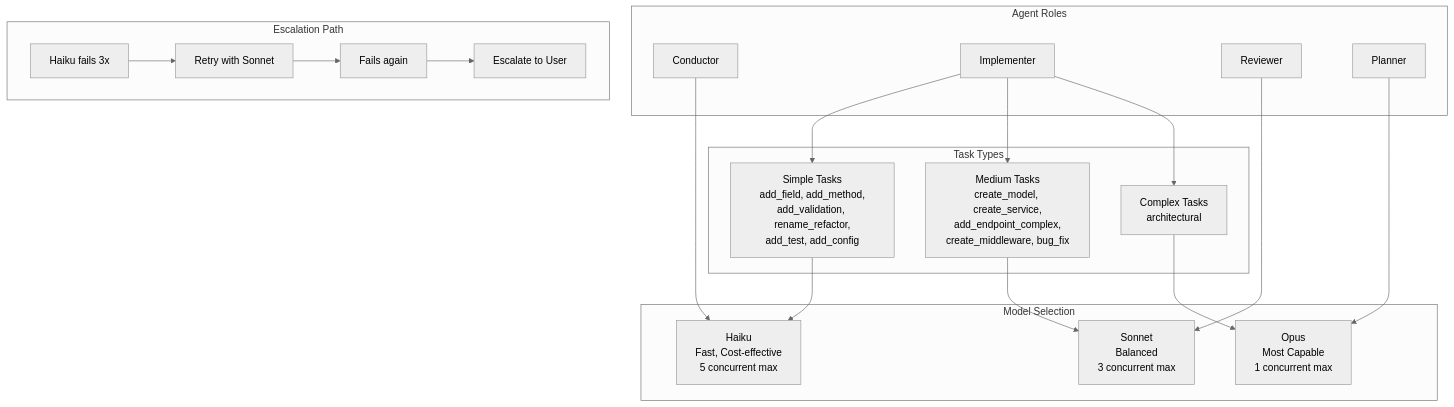
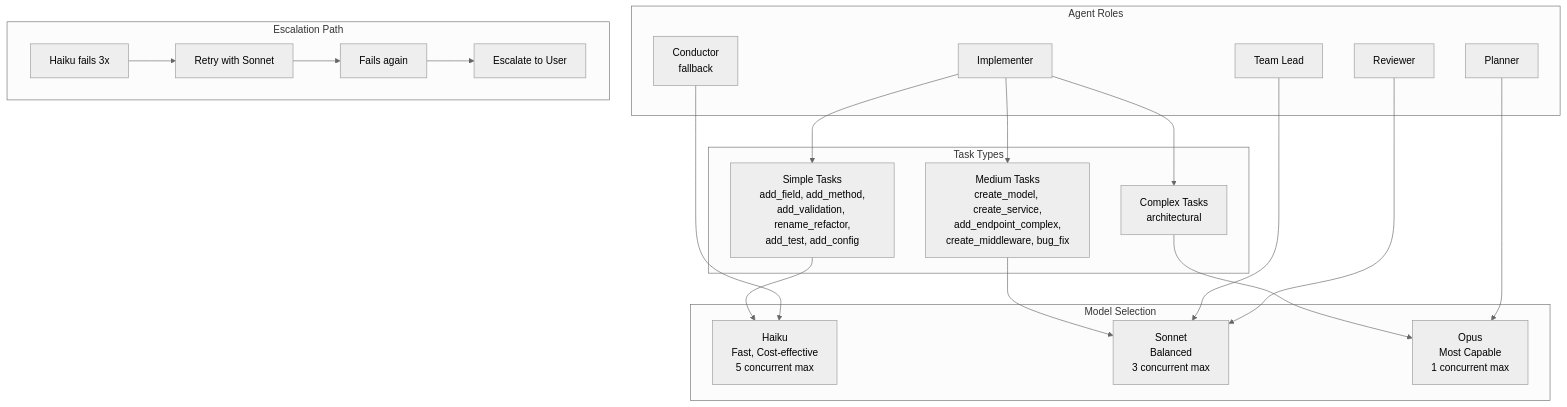
The fifth of 7 diagrams in diagrams/architecture.md (Zxela/claude-create), drawn with Mermaid (neutral theme) before and after one commit. The commit also changed other lines of this file and 5 other files, not shown here.

First line of the commit message:
docs: update diagrams and docs for flat spawn architecture

````diff
--- a/diagrams/architecture.md
+++ b/diagrams/architecture.md
@@ -215,38 +226,40 @@
 ```mermaid
 graph TB
     subgraph TaskTypes["Task Types"]
         Simple[Simple Tasks<br/>add_field, add_method,<br/>add_validation, rename_refactor,<br/>add_test, add_config]
         Medium[Medium Tasks<br/>create_model, create_service,<br/>add_endpoint_complex,<br/>create_middleware, bug_fix]
         Complex[Complex Tasks<br/>architectural]
     end
 
     subgraph Models["Model Selection"]
         Haiku[Haiku<br/>Fast, Cost-effective<br/>5 concurrent max]
         Sonnet[Sonnet<br/>Balanced<br/>3 concurrent max]
         Opus[Opus<br/>Most Capable<br/>1 concurrent max]
     end
 
     subgraph Roles["Agent Roles"]
-        Cond[Conductor]
+        TLead[Team Lead]
+        Cond[Conductor<br/>fallback]
         Impl[Implementer]
         Rev[Reviewer]
         Plan[Planner]
     end
 
     Simple --> Haiku
     Medium --> Sonnet
     Complex --> Opus
 
+    TLead --> Sonnet
     Cond --> Haiku
     Plan --> Opus
     Rev --> Sonnet
 
     Impl --> Simple
     Impl --> Medium
     Impl --> Complex
 
     subgraph Escalation["Escalation Path"]
         E1[Haiku fails 3x] --> E2[Retry with Sonnet]
         E2 --> E3[Fails again] --> E4[Escalate to User]
     end
 ```
````
